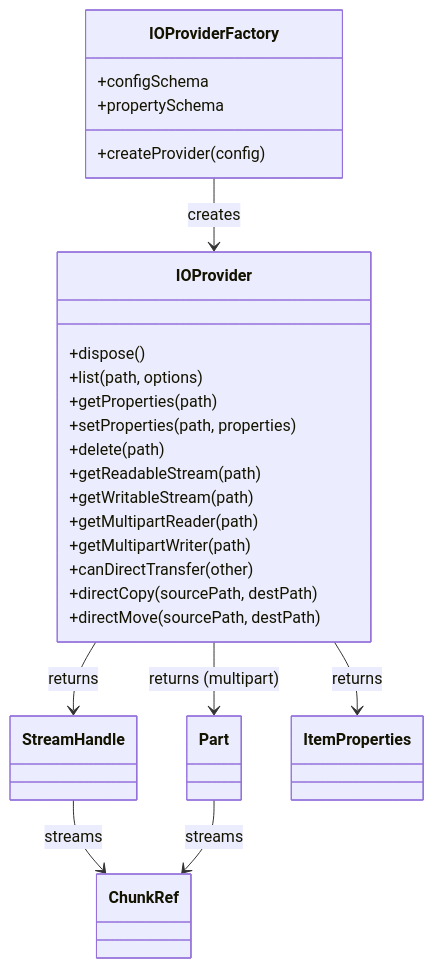
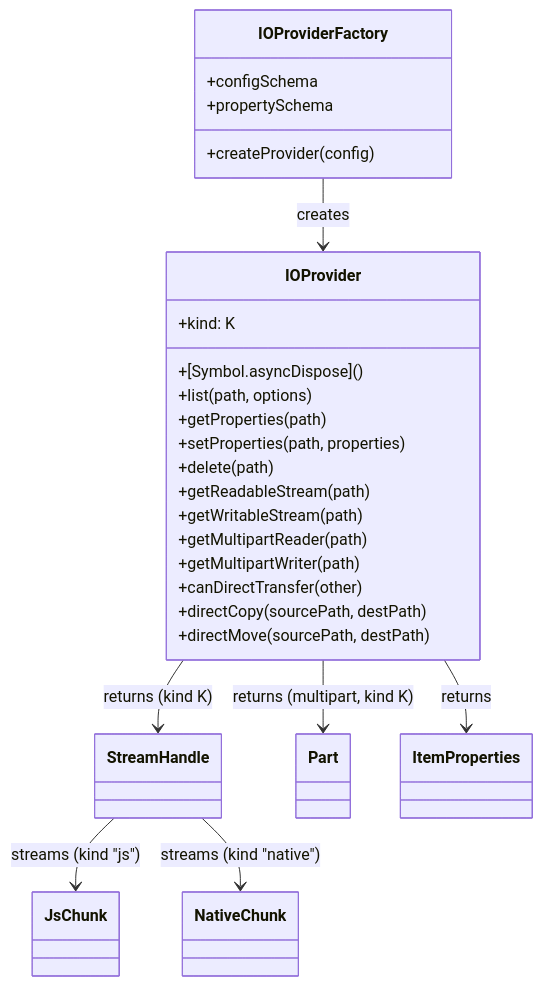
The diagram in README.md (flowscripter/pluggable-io-framework-api), drawn with Mermaid before and after one commit. The commit also changed other lines of this file and 12 other files, not shown here.

````diff
--- a/README.md
+++ b/README.md
@@ -95,29 +79,30 @@
 ```mermaid
 classDiagram
     IOProviderFactory --> IOProvider : creates
-    IOProvider --> StreamHandle : returns
-    IOProvider --> Part : returns (multipart)
-    StreamHandle --> ChunkRef : streams
-    Part --> ChunkRef : streams
+    IOProvider --> StreamHandle : returns (kind K)
+    IOProvider --> Part : returns (multipart, kind K)
+    StreamHandle --> JsChunk : streams (kind "js")
+    StreamHandle --> NativeChunk : streams (kind "native")
     IOProvider --> ItemProperties : returns
 
     class IOProviderFactory {
       +configSchema
       +propertySchema
       +createProvider(config)
     }
     class IOProvider {
-      +dispose()
+      +kind: K
+      +[Symbol.asyncDispose]()
       +list(path, options)
       +getProperties(path)
       +setProperties(path, properties)
       +delete(path)
       +getReadableStream(path)
       +getWritableStream(path)
       +getMultipartReader(path)
       +getMultipartWriter(path)
       +canDirectTransfer(other)
       +directCopy(sourcePath, destPath)
       +directMove(sourcePath, destPath)
     }
 ```
````
